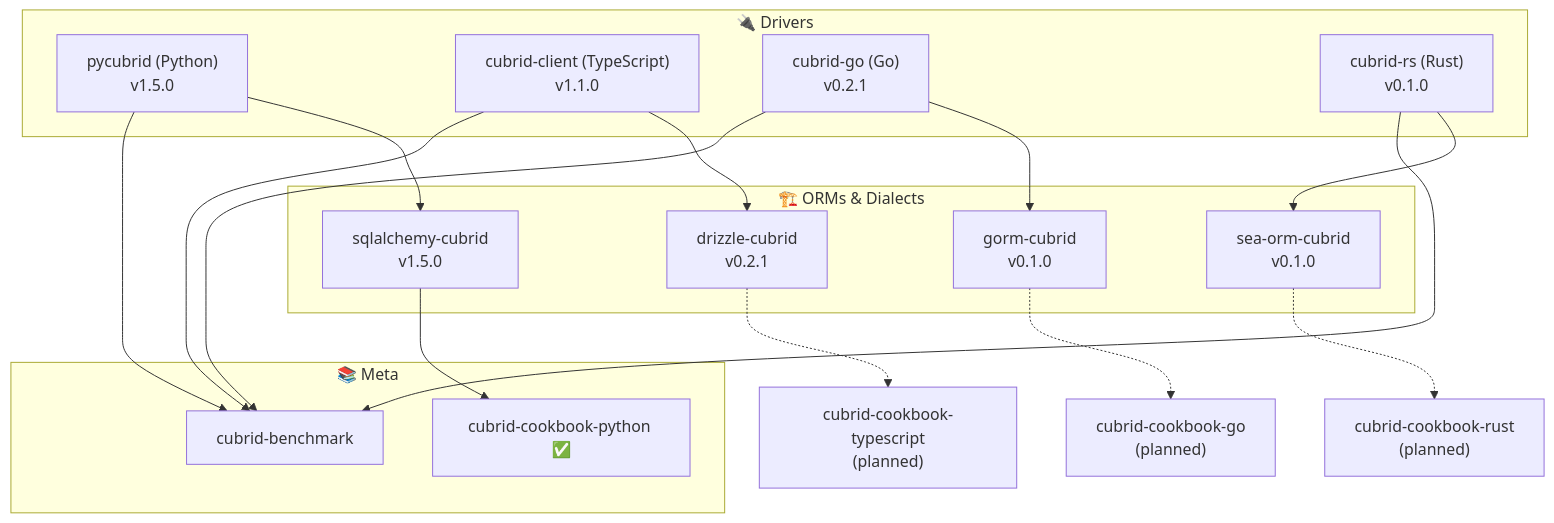
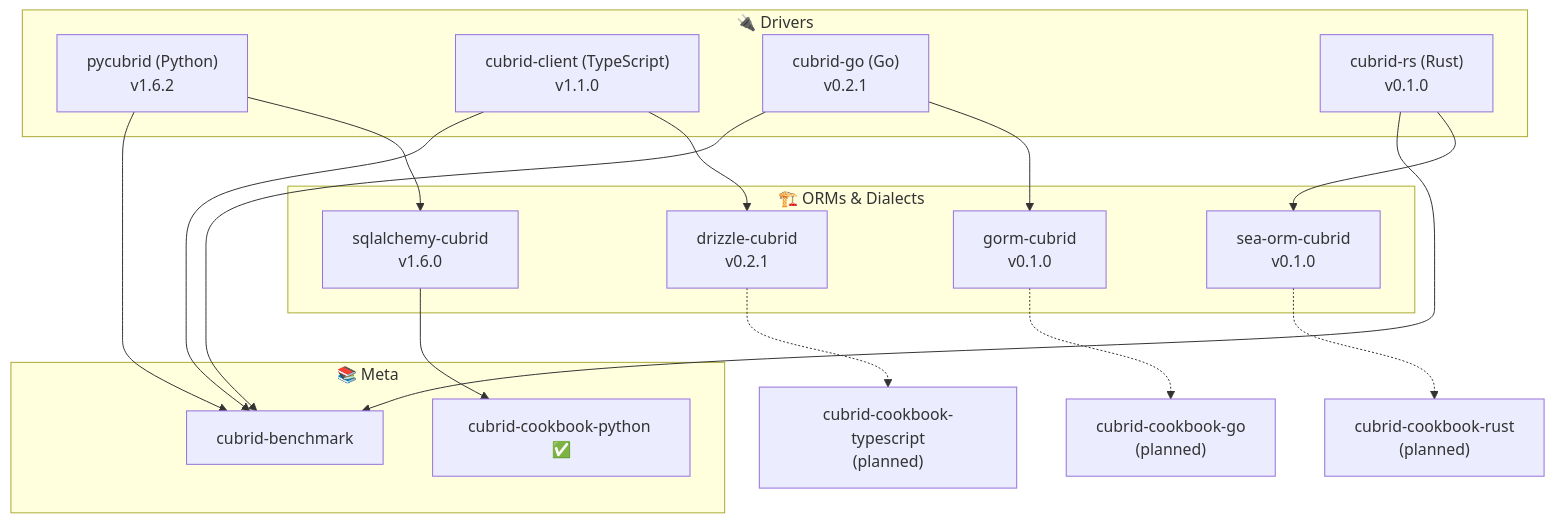
Before and after one commit to cubrid-lab/.github: the first of 2 diagrams in ROADMAP.md, drawn with Mermaid. The commit also changed other lines of this file and 8 other files, not shown here.

First line of the commit message:
docs: fix stale org name, roadmap facts, and private board links (#28)

````diff
--- a/ROADMAP.md
+++ b/ROADMAP.md
@@ -15,36 +15,36 @@
 ```mermaid
 graph TD
     subgraph Drivers["🔌 Drivers"]
-        pycubrid["pycubrid (Python)\nv1.5.0"]
+        pycubrid["pycubrid (Python)\nv1.6.2"]
         cubrid_client["cubrid-client (TypeScript)\nv1.1.0"]
         cubrid_go["cubrid-go (Go)\nv0.2.1"]
         cubrid_rs["cubrid-rs (Rust)\nv0.1.0"]
     end
 
     subgraph ORMs["🏗️ ORMs & Dialects"]
-        sqlalchemy["sqlalchemy-cubrid\nv1.5.0"]
+        sqlalchemy["sqlalchemy-cubrid\nv1.6.0"]
         drizzle["drizzle-cubrid\nv0.2.1"]
         gorm["gorm-cubrid\nv0.1.0"]
         sea_orm["sea-orm-cubrid\nv0.1.0"]
     end
 
     subgraph Meta["📚 Meta"]
         cookbook_py["cubrid-cookbook-python ✅"]
         benchmark["cubrid-benchmark"]
     end
 
     pycubrid --> sqlalchemy
     cubrid_client --> drizzle
     cubrid_go --> gorm
     cubrid_rs --> sea_orm
 
     sqlalchemy --> cookbook_py
     drizzle -.-> cookbook_ts["cubrid-cookbook-typescript\n(planned)"]
     gorm -.-> cookbook_go["cubrid-cookbook-go\n(planned)"]
     sea_orm -.-> cookbook_rs["cubrid-cookbook-rust\n(planned)"]
 
     pycubrid --> benchmark
     cubrid_client --> benchmark
     cubrid_go --> benchmark
     cubrid_rs --> benchmark
 ```
````
